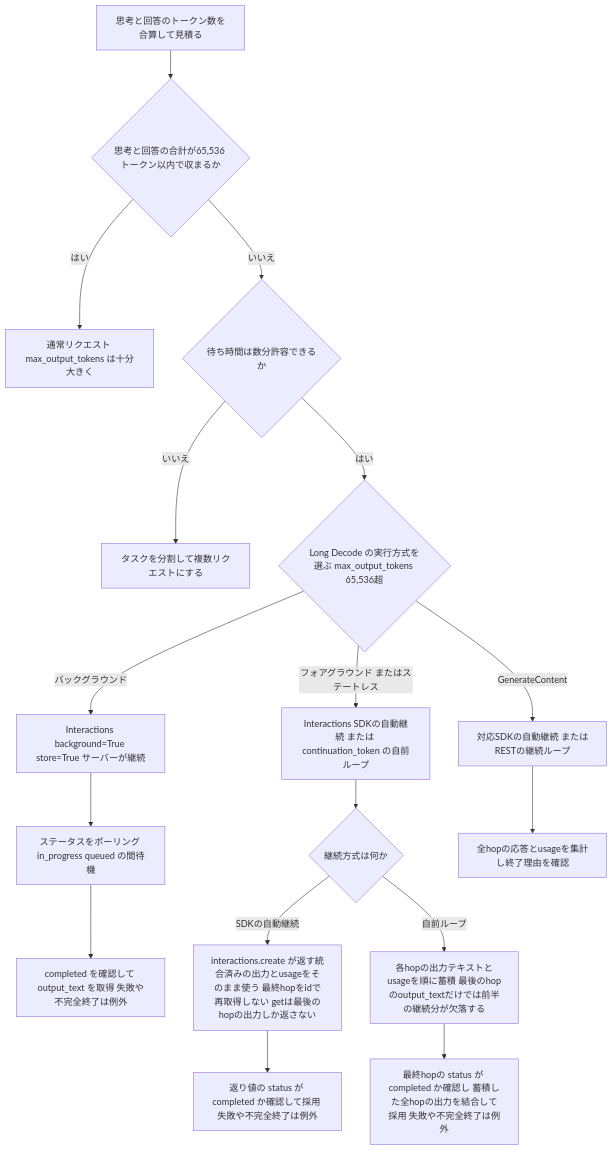
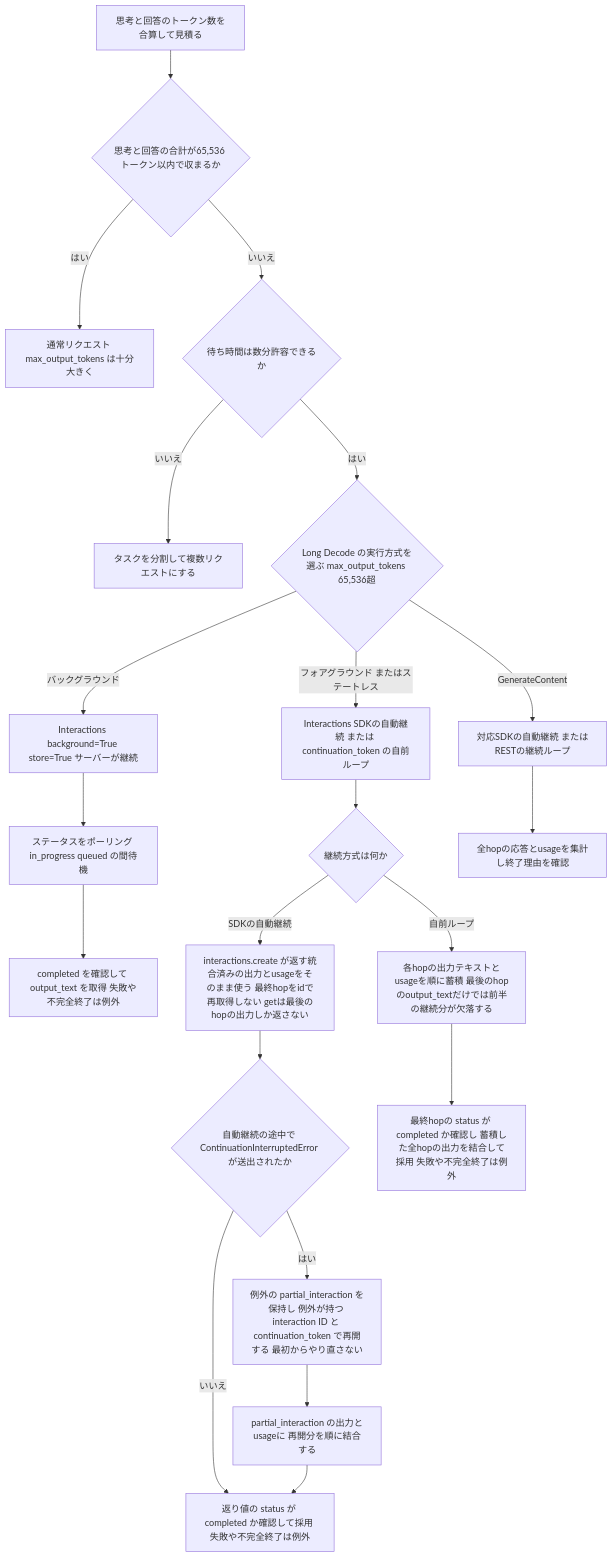
The fifth of 10 diagrams in Gemini-4-hydrogen-guide.md (myoshi2891/Comparison-of-LLMs), drawn with Mermaid before and after one commit. The commit also changed other lines of this file and 3 other files, not shown here.

Commit message:
docs(google): refine streaming continuation, setup requirements, and executor error handling across Gemini guides

````diff
--- a/Gemini-4-hydrogen-guide.md
+++ b/Gemini-4-hydrogen-guide.md
@@ -310,19 +310,23 @@
 ```mermaid
 flowchart TD
     A["思考と回答のトークン数を合算して見積る"] --> B{"思考と回答の合計が65,536 トークン以内で収まるか"}
     B -- "はい" --> C["通常リクエスト max_output_tokens は十分大きく"]
     B -- "いいえ" --> D{"待ち時間は数分許容できるか"}
     D -- "いいえ" --> E["タスクを分割して複数リクエストにする"]
     D -- "はい" --> MODE{"Long Decode の実行方式を選ぶ max_output_tokens 65,536超"}
     MODE -- "バックグラウンド" --> F["Interactions background=True store=True サーバーが継続"]
     MODE -- "フォアグラウンド またはステートレス" --> FG["Interactions SDKの自動継続 または continuation_token の自前ループ"]
     MODE -- "GenerateContent" --> GC["対応SDKの自動継続 またはRESTの継続ループ"]
     F --> G["ステータスをポーリング in_progress queued の間待機"]
     G --> H["completed を確認して output_text を取得 失敗や不完全終了は例外"]
     FG --> FGM{"継続方式は何か"}
     FGM -- "SDKの自動継続" --> AUTO["interactions.create が返す統合済みの出力とusageをそのまま使う 最終hopをidで再取得しない getは最後のhopの出力しか返さない"]
-    AUTO --> AUTOD["返り値の status が completed か確認して採用 失敗や不完全終了は例外"]
+    AUTO --> AINT{"自動継続の途中で ContinuationInterruptedError が送出されたか"}
+    AINT -- "いいえ" --> AUTOD["返り値の status が completed か確認して採用 失敗や不完全終了は例外"]
+    AINT -- "はい" --> ARES["例外の partial_interaction を保持し 例外が持つ interaction ID と continuation_token で再開する 最初からやり直さない"]
+    ARES --> AJOIN["partial_interaction の出力とusageに 再開分を順に結合する"]
+    AJOIN --> AUTOD
     FGM -- "自前ループ" --> ACC["各hopの出力テキストとusageを順に蓄積 最後のhopのoutput_textだけでは前半の継続分が欠落する"]
     ACC --> FGD["最終hopの status が completed か確認し 蓄積した全hopの出力を結合して採用 失敗や不完全終了は例外"]
     GC --> RESULT["全hopの応答とusageを集計し終了理由を確認"]
 ```
````
